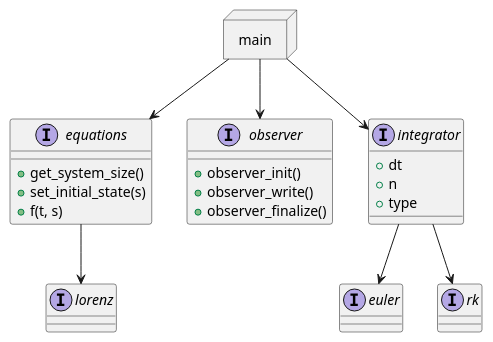
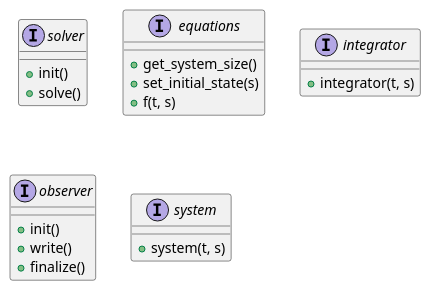
Before and after one commit to amstokely/ode_solver: the diagram in docs/ode_solver.puml, drawn with PlantUML.

Commit message:
feat: Created a UML diagram to model ode solver execution flow/logic.

```diff
--- a/docs/ode_solver.puml
+++ b/docs/ode_solver.puml
@@ -1,38 +1,38 @@
 @startuml
+
 allow_mixing
 
+interface solver
 interface equations
+interface integrator
 interface observer
-interface lorenz
-interface euler
-interface integrator
-interface rk
-node main
+interface system
 
-main -down-> equations
-main -down-> observer
-equations -down-> lorenz
-main -down-> integrator
-integrator -down-> euler
-integrator -down-> rk
+interface solver {
+    +init()
+    +solve()
+}
 
 interface equations {
     +get_system_size()
     +set_initial_state(s)
     +f(t, s)
 }
 
-interface observer {
- +observer_init()
- +observer_write()
- +observer_finalize()
+interface integrator {
+    +integrator(t, s)
 }
 
-interface integrator {
-    + dt
-    + n
-    + type
+interface system {
+    +system(t, s)
+}
+
+interface observer {
+    +init()
+    +write()
+    +finalize()
 }
 
 
+
 @enduml
```
